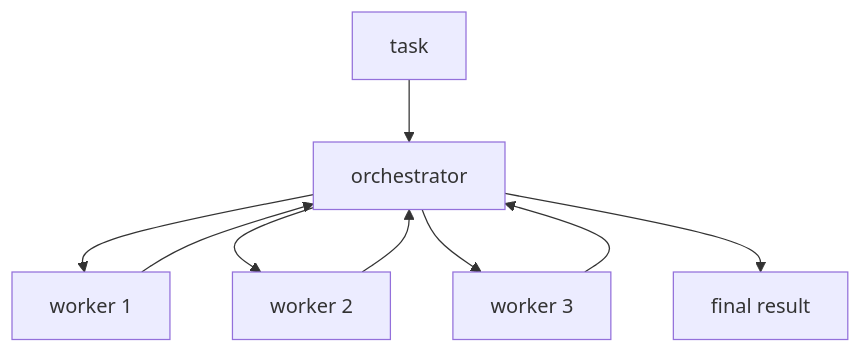
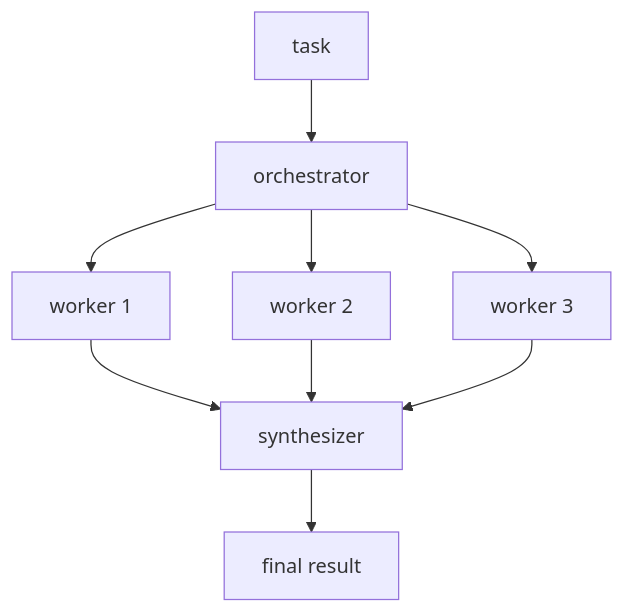
One commit to Walid-Ahmed/langgraph-tutorials changed the diagram in 5-Workflows/04_orchestrator_workers.md. Above: the diagram before and after it, drawn with Mermaid. The commit also changed other lines of this file and 4 other files, not shown here.

````diff
--- a/5-Workflows/04_orchestrator_workers.md
+++ b/5-Workflows/04_orchestrator_workers.md
@@ -9,11 +9,11 @@
 ```mermaid
 flowchart TD
     TASK["task"] --> ORCH["orchestrator"]
     ORCH --> W1["worker 1"]
     ORCH --> W2["worker 2"]
     ORCH --> W3["worker 3"]
-    W1 --> ORCH
-    W2 --> ORCH
-    W3 --> ORCH
-    ORCH --> FINAL["final result"]
+    W1 --> SYNTH["synthesizer"]
+    W2 --> SYNTH
+    W3 --> SYNTH
+    SYNTH --> FINAL["final result"]
 ```
````
